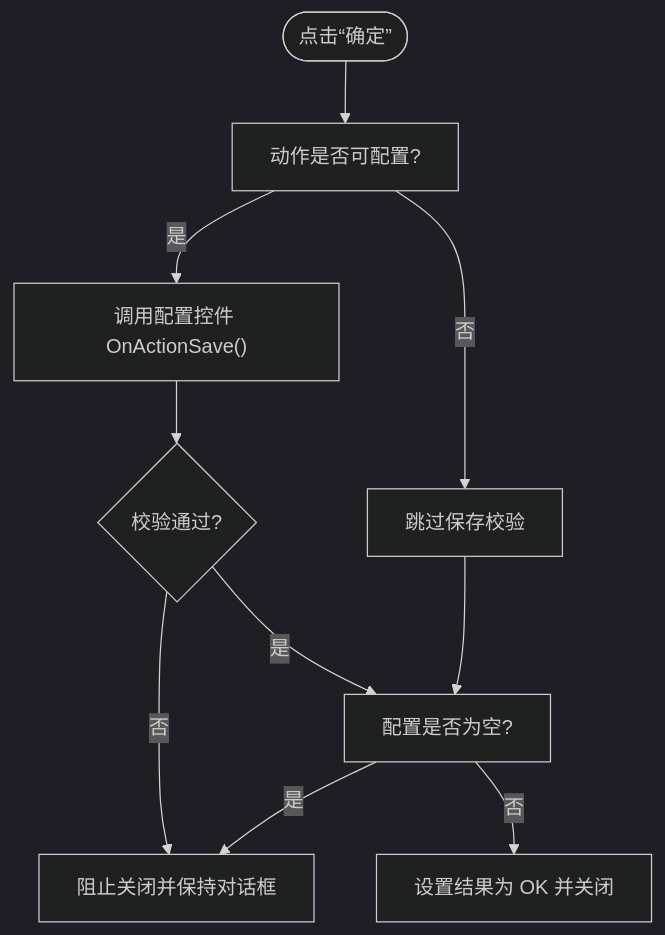
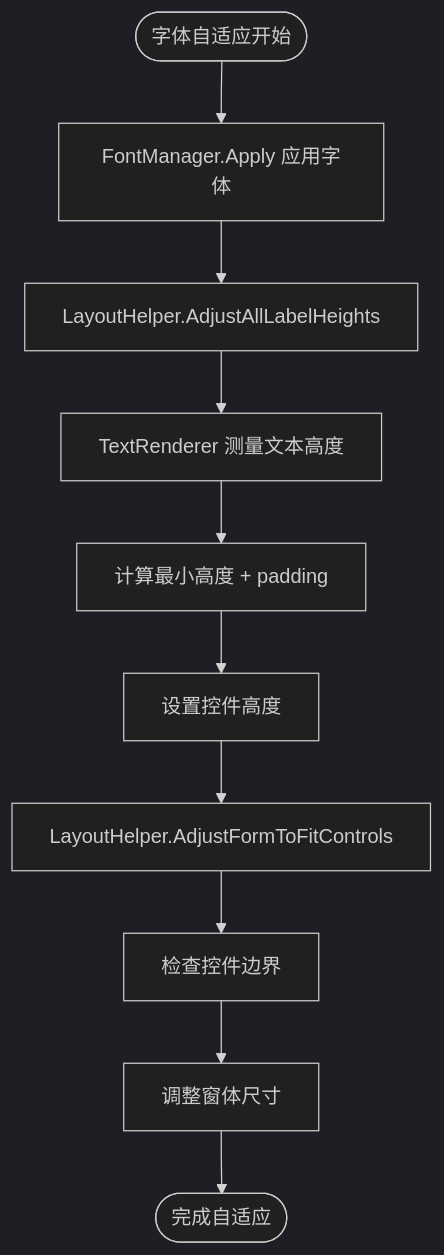
One commit to tea4go/Macro-Deck changed the third of 4 diagrams in .qoder/repowiki/zh/content/图形用户界面/对话框系统/动作配置对话框.md. Above: the diagram before and after it, drawn with Mermaid (dark theme). The commit also changed other lines of this file and 63 other files, not shown here.

````diff
--- a/.qoder/repowiki/zh/content/图形用户界面/对话框系统/动作配置对话框.md
+++ b/.qoder/repowiki/zh/content/图形用户界面/对话框系统/动作配置对话框.md
@@ -163,12 +245,12 @@
 ```mermaid
 flowchart TD
-Start(["点击“确定”"]) --> CheckCfg["动作是否可配置?"]
-CheckCfg --> |是| CallSave["调用配置控件 OnActionSave()"]
-CheckCfg --> |否| SkipSave["跳过保存校验"]
-CallSave --> SaveOK{"校验通过?"}
-SaveOK --> |否| Stop["阻止关闭并保持对话框"]
-SaveOK --> |是| CheckEmpty["配置是否为空?"]
-SkipSave --> CheckEmpty
-CheckEmpty --> |是| Stop
-CheckEmpty --> |否| Done["设置结果为 OK 并关闭"]
+Start(["字体自适应开始"]) --> ApplyFont["FontManager.Apply 应用字体"]
+ApplyFont --> AdjustLabels["LayoutHelper.AdjustAllLabelHeights"]
+AdjustLabels --> MeasureText["TextRenderer 测量文本高度"]
+MeasureText --> CalcHeight["计算最小高度 + padding"]
+CalcHeight --> SetHeight["设置控件高度"]
+SetHeight --> AdjustForm["LayoutHelper.AdjustFormToFitControls"]
+AdjustForm --> CheckBounds["检查控件边界"]
+CheckBounds --> ResizeForm["调整窗体尺寸"]
+ResizeForm --> End(["完成自适应"])
 ```
````
